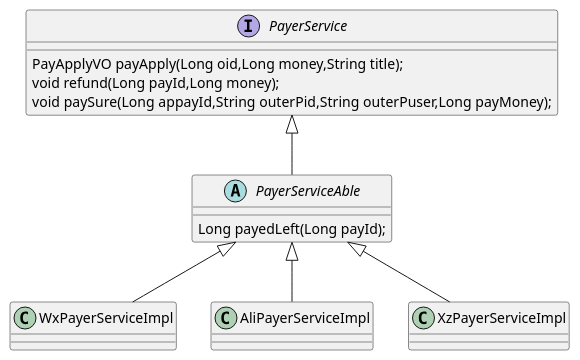
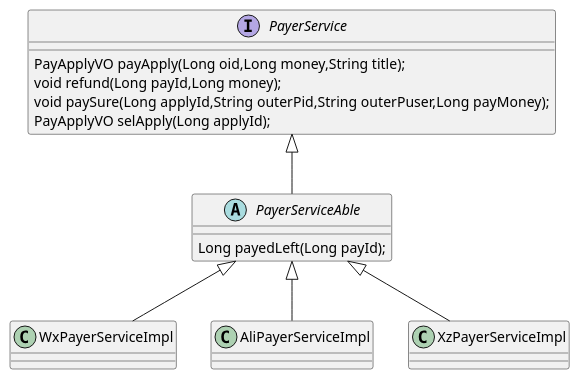
The diagram in main4-order/main4-order-api/src/main/resources/pay.puml (pogy/main-pom), drawn with PlantUML before and after one commit. The commit also changed 2 other files, not shown here.

```diff
--- a/main4-order/main4-order-api/src/main/resources/pay.puml
+++ b/main4-order/main4-order-api/src/main/resources/pay.puml
@@ -1,30 +1,30 @@
 @startuml
 
 interface PayerService{
 PayApplyVO payApply(Long oid,Long money,String title);
 void refund(Long payId,Long money);
-void paySure(Long appayId,String outerPid,String outerPuser,Long payMoney);
-
+void paySure(Long applyId,String outerPid,String outerPuser,Long payMoney);
+PayApplyVO selApply(Long applyId);
 }
 
 abstract class PayerServiceAble{
 Long payedLeft(Long payId);
 }
 
 class WxPayerServiceImpl{
 
 }
 
 class AliPayerServiceImpl{
 
 }
 
 class XzPayerServiceImpl{
 
 }
 PayerService <|-- PayerServiceAble
 PayerServiceAble <|-- WxPayerServiceImpl
 PayerServiceAble <|-- AliPayerServiceImpl
 PayerServiceAble <|-- XzPayerServiceImpl
 
 @enduml
```
